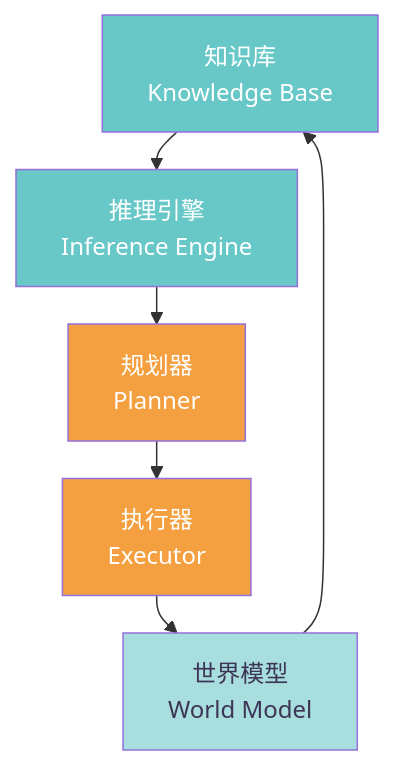
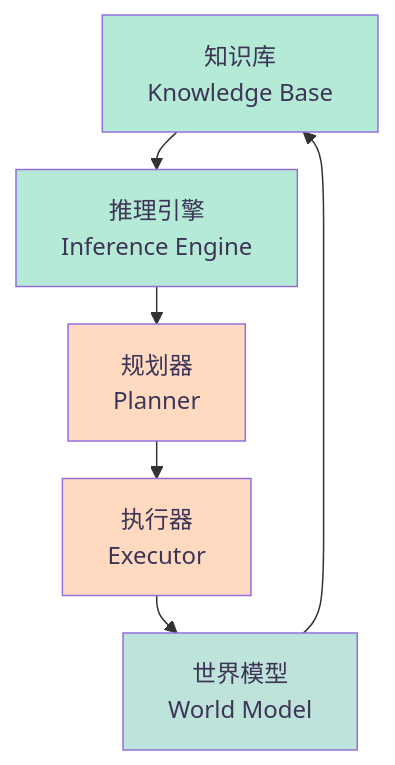
The second of 12 diagrams in _posts/2026-04-15-ai-agent.md (caoping0623/caoping0623.github.io), drawn with Mermaid before and after one commit. The commit also changed other lines of this file, not shown here.

First line of the commit message:
style: update all mermaid diagram node colors to macaron (pastel) palette

```diff
--- a/_posts/2026-04-15-ai-agent.md
+++ b/_posts/2026-04-15-ai-agent.md
@@ -83,15 +83,15 @@
 <div class="mermaid">
 %%{init: {'flowchart': {'rankSpacing': 25, 'nodeSpacing': 15}}}%%
 graph TB
     KB[知识库<br/>Knowledge Base] --> IE[推理引擎<br/>Inference Engine]
     IE --> P[规划器<br/>Planner]
     P --> E[执行器<br/>Executor]
     E --> W[世界模型<br/>World Model]
     W --> KB
 
-    style KB fill:#68c8c8,color:#ffffff
-    style IE fill:#68c8c8,color:#ffffff
-    style P fill:#f5a040,color:#ffffff
-    style E fill:#f5a040,color:#ffffff
-    style W fill:#a8dede,color:#3d3556
+    style KB fill:#b5ead7,color:#3d3556
+    style IE fill:#b5ead7,color:#3d3556
+    style P fill:#ffdac1,color:#3d3556
+    style E fill:#ffdac1,color:#3d3556
+    style W fill:#bee3db,color:#3d3556
 </div>
```
